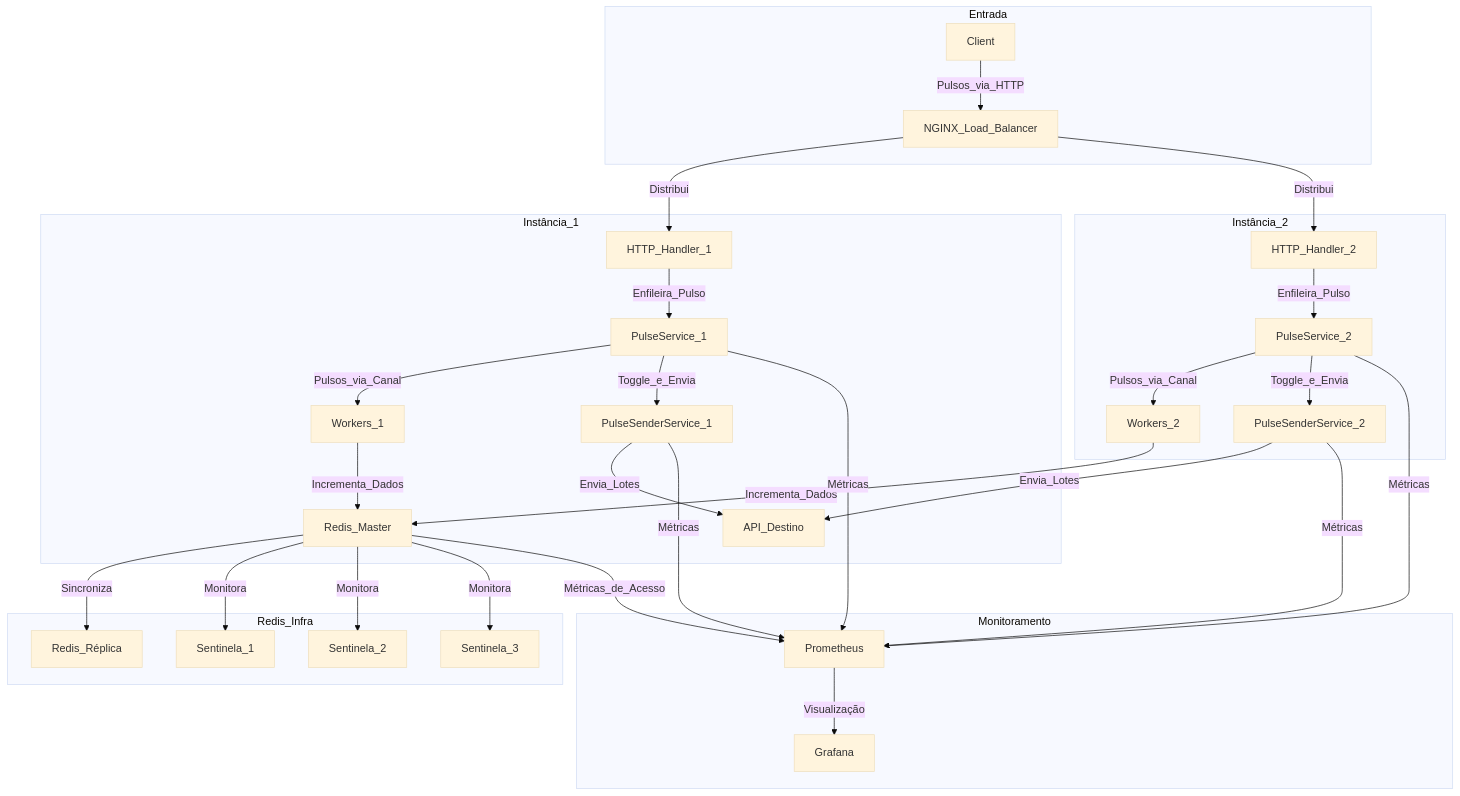
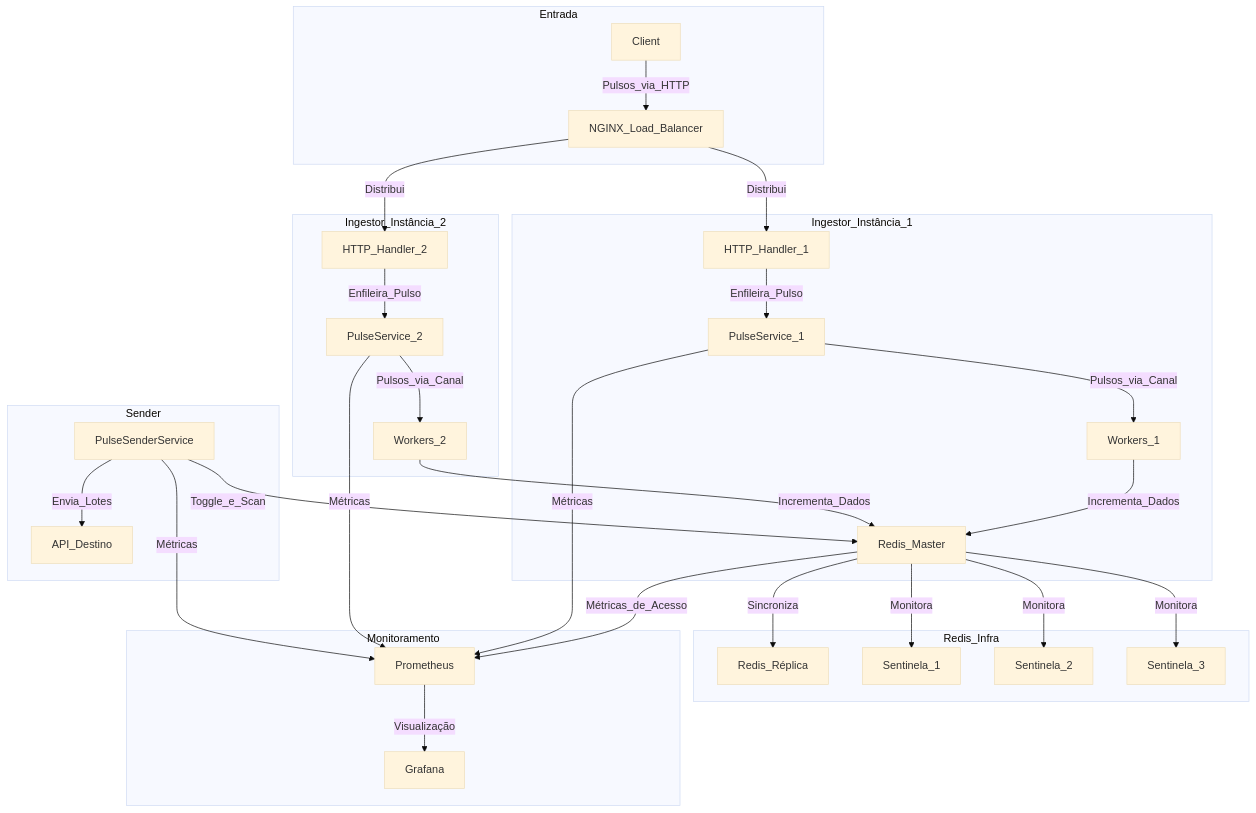
The second of 4 diagrams in README.md (ThalysSilva/ingestor-consumo), drawn with Mermaid (base theme) before and after one commit. The commit also changed other lines of this file, not shown here.

Commit message:
feat: correção de alguns diagramas

````diff
--- a/README.md
+++ b/README.md
@@ -212,40 +225,40 @@
 ```mermaid
 flowchart TD
     subgraph Entrada
         A[Client] -->|Pulsos_via_HTTP| N[NGINX_Load_Balancer]
     end
 
-    subgraph Instância_1
+    subgraph Ingestor_Instância_1
         N -->|Distribui| B1[HTTP_Handler_1]
         B1 -->|Enfileira_Pulso| C1[PulseService_1]
         C1 -->|Pulsos_via_Canal| D1[Workers_1]
         D1 -->|Incrementa_Dados| E[Redis]
-        C1 -->|Toggle_e_Envia| F1[PulseSenderService_1]
-        F1 -->|Envia_Lotes| G[API_Destino]
     end
 
-    subgraph Instância_2
+    subgraph Ingestor_Instância_2
         N -->|Distribui| B2[HTTP_Handler_2]
         B2 -->|Enfileira_Pulso| C2[PulseService_2]
         C2 -->|Pulsos_via_Canal| D2[Workers_2]
         D2 -->|Incrementa_Dados| E
-        C2 -->|Toggle_e_Envia| F2[PulseSenderService_2]
-        F2 -->|Envia_Lotes| G
+    end
+
+    subgraph Sender
+        F[PulseSenderService] -->|Toggle_e_Scan| E
+        F -->|Envia_Lotes| G[API_Destino]
     end
 
     subgraph Redis_Infra
         E[Redis_Master] -->|Sincroniza| R[Redis_Réplica]
         E -->|Monitora| S1[Sentinela_1]
         E -->|Monitora| S2[Sentinela_2]
         E -->|Monitora| S3[Sentinela_3]
     end
 
     subgraph Monitoramento
         E -->|Métricas_de_Acesso| H[Prometheus]
         C1 -->|Métricas| H
-        F1 -->|Métricas| H
         C2 -->|Métricas| H
-        F2 -->|Métricas| H
+        F -->|Métricas| H
         H -->|Visualização| I[Grafana]
     end
 ```
````
